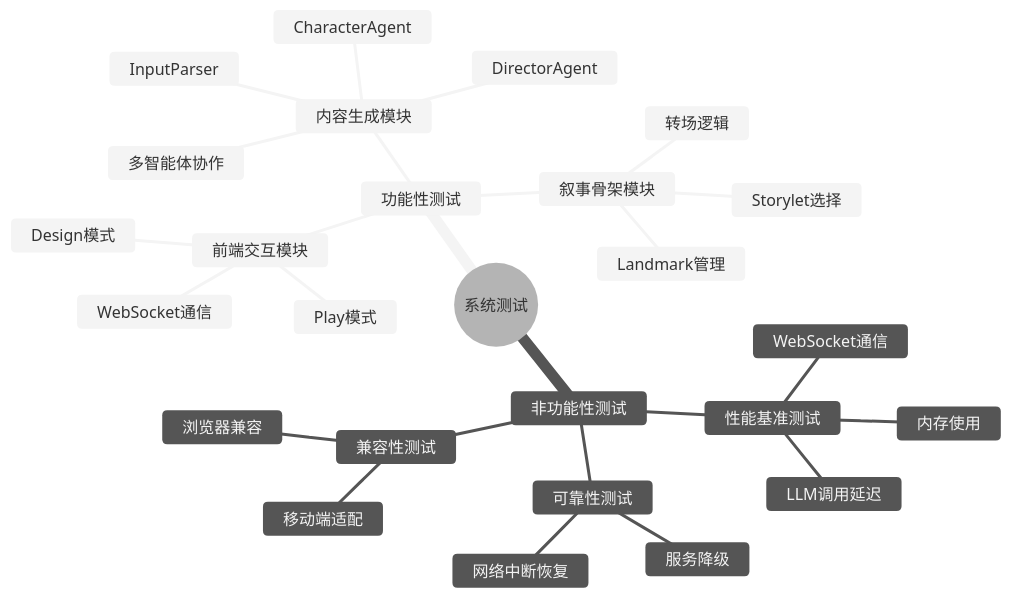
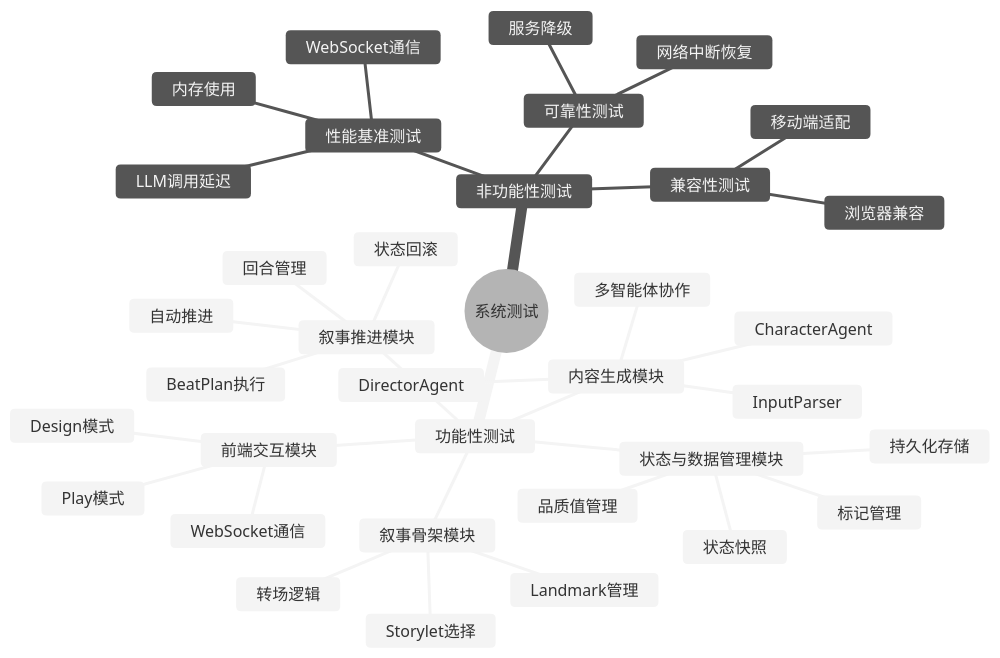
The diagram in Framework/第四章_系统测试与评估.md (Coxx101/FacadeRemake), drawn with Mermaid (neutral theme) before and after one commit. The commit also changed other lines of this file and 18 other files, not shown here.

````diff
--- a/Framework/第四章_系统测试与评估.md
+++ b/Framework/第四章_系统测试与评估.md
@@ -239,29 +314,39 @@
 ```mermaid
 mindmap
     root((系统测试))
         功能性测试
             前端交互模块
                 Design模式
                 Play模式
                 WebSocket通信
             内容生成模块
                 DirectorAgent
                 CharacterAgent
                 InputParser
                 多智能体协作
             叙事骨架模块
                 Landmark管理
                 Storylet选择
                 转场逻辑
+            叙事推进模块
+                BeatPlan执行
+                回合管理
+                自动推进
+                状态回滚
+            状态与数据管理模块
+                品质值管理
+                标记管理
+                状态快照
+                持久化存储
         非功能性测试
             性能基准测试
                 LLM调用延迟
                 WebSocket通信
                 内存使用
             兼容性测试
                 浏览器兼容
                 移动端适配
             可靠性测试
                 网络中断恢复
                 服务降级
 ```
````
